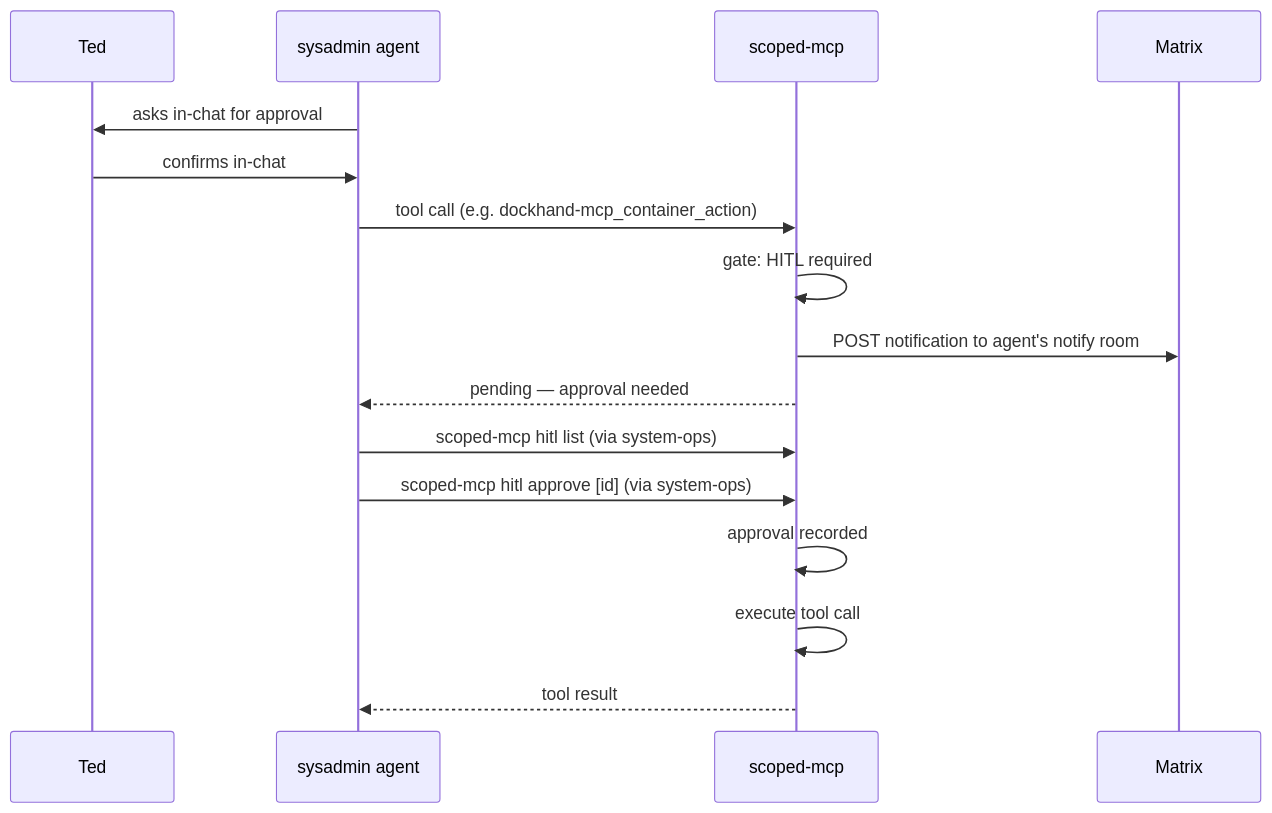
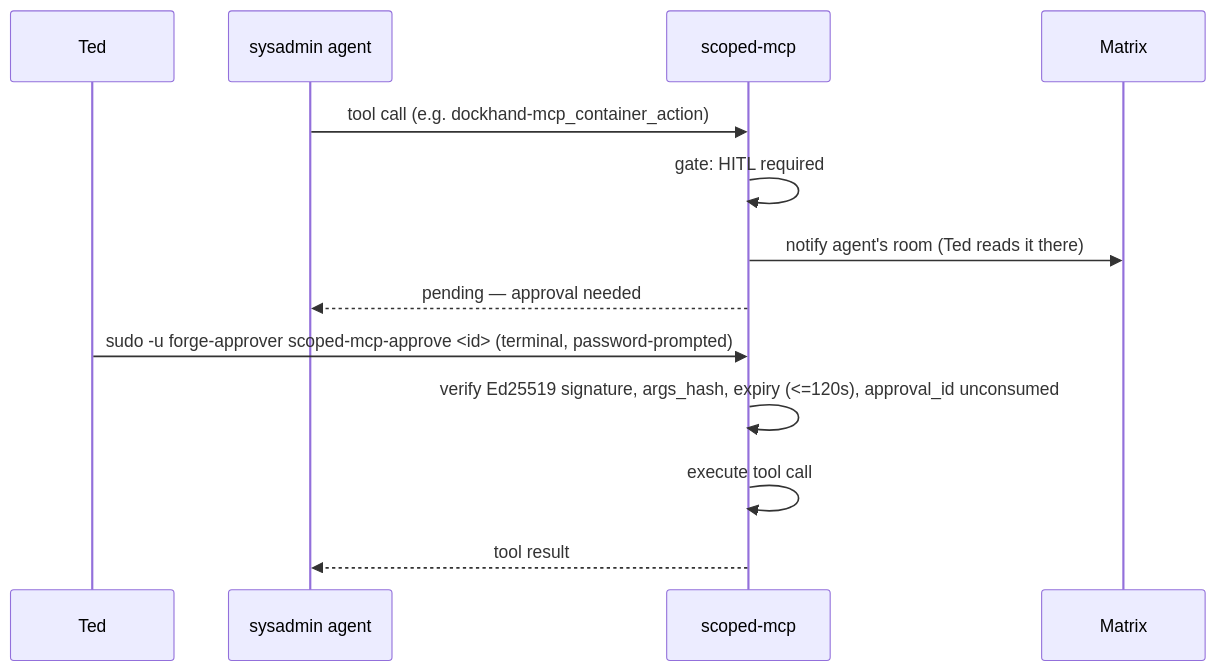
One commit to TadMSTR/homelab-agent changed the second of 3 diagrams in docs/components/agent/scoped-mcp.md. Above: the diagram before and after it, drawn with Mermaid. The commit also changed other lines of this file, not shown here.

First line of the commit message:
docs(scoped-mcp): correct HITL approval flow for signed enforce mode

````diff
--- a/docs/components/agent/scoped-mcp.md
+++ b/docs/components/agent/scoped-mcp.md
@@ -193,21 +199,17 @@
 ```mermaid
 sequenceDiagram
     participant Ted
     participant Agent as sysadmin agent
     participant SM as scoped-mcp
     participant Matrix
 
-    Agent->>Ted: asks in-chat for approval
-    Ted->>Agent: confirms in-chat
-
     Agent->>SM: tool call (e.g. dockhand-mcp_container_action)
     SM->>SM: gate: HITL required
-    SM->>Matrix: POST notification to agent's notify room
+    SM->>Matrix: notify agent's room (Ted reads it there)
     SM-->>Agent: pending — approval needed
 
-    Agent->>SM: scoped-mcp hitl list (via system-ops)
-    Agent->>SM: scoped-mcp hitl approve [id] (via system-ops)
-    SM->>SM: approval recorded
+    Ted->>SM: sudo -u forge-approver scoped-mcp-approve <id> (terminal, password-prompted)
+    SM->>SM: verify Ed25519 signature, args_hash, expiry (<=120s), approval_id unconsumed
     SM->>SM: execute tool call
     SM-->>Agent: tool result
 ```
````
